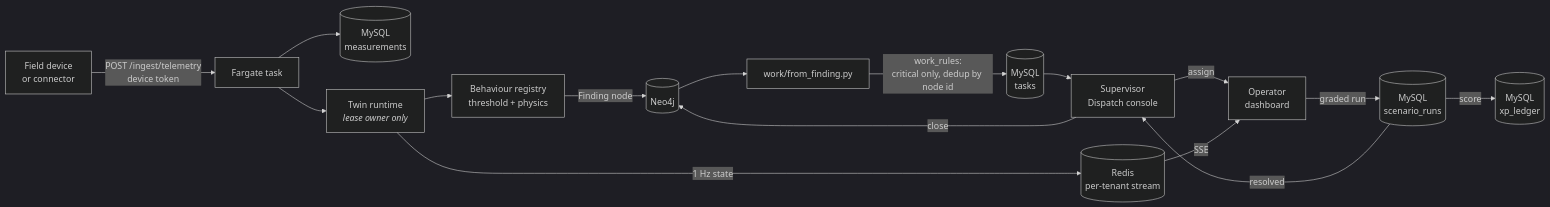
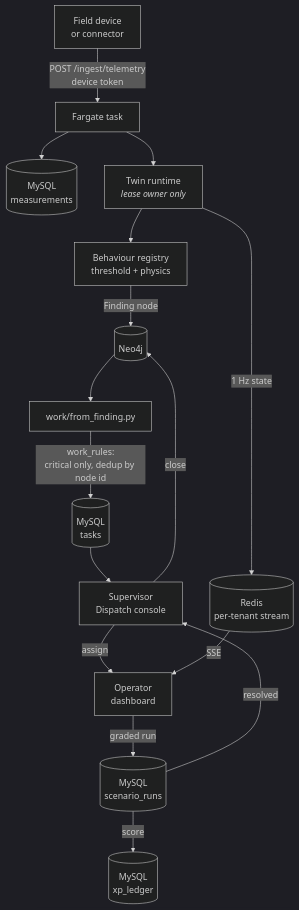
One commit to Tejesh3305/Goalcert_Digital-Twin changed the third of 3 diagrams in docs/AWS-ARCHITECTURE.md. Above: the diagram before and after it, drawn with Mermaid (dark theme). The commit also changed other lines of this file and 8 other files, not shown here.

````diff
--- a/docs/AWS-ARCHITECTURE.md
+++ b/docs/AWS-ARCHITECTURE.md
@@ -200,18 +205,18 @@
 ```mermaid
-flowchart LR
+flowchart TB
   DEV["Field device<br/>or connector"] -->|"POST /ingest/telemetry<br/>device token"| API["Fargate task"]
   API --> HIST[("MySQL<br/>measurements")]
   API --> RT["Twin runtime<br/><i>lease owner only</i>"]
   RT --> BEH["Behaviour registry<br/>threshold + physics"]
   BEH -->|"Finding node"| NEO[("Neo4j")]
   NEO --> FR["work/from_finding.py"]
   FR -->|"work_rules:<br/>critical only, dedup by node id"| TASK[("MySQL<br/>tasks")]
   TASK --> SUP["Supervisor<br/>Dispatch console"]
   SUP -->|assign| OP["Operator<br/>dashboard"]
   OP -->|"graded run"| RUN[("MySQL<br/>scenario_runs")]
   RUN -->|score| XP[("MySQL<br/>xp_ledger")]
   RUN -->|"resolved"| SUP
   SUP -->|"close"| NEO
   RT -->|"1 Hz state"| BUS[("Redis<br/>per-tenant stream")]
   BUS -->|SSE| OP
 ```
````
